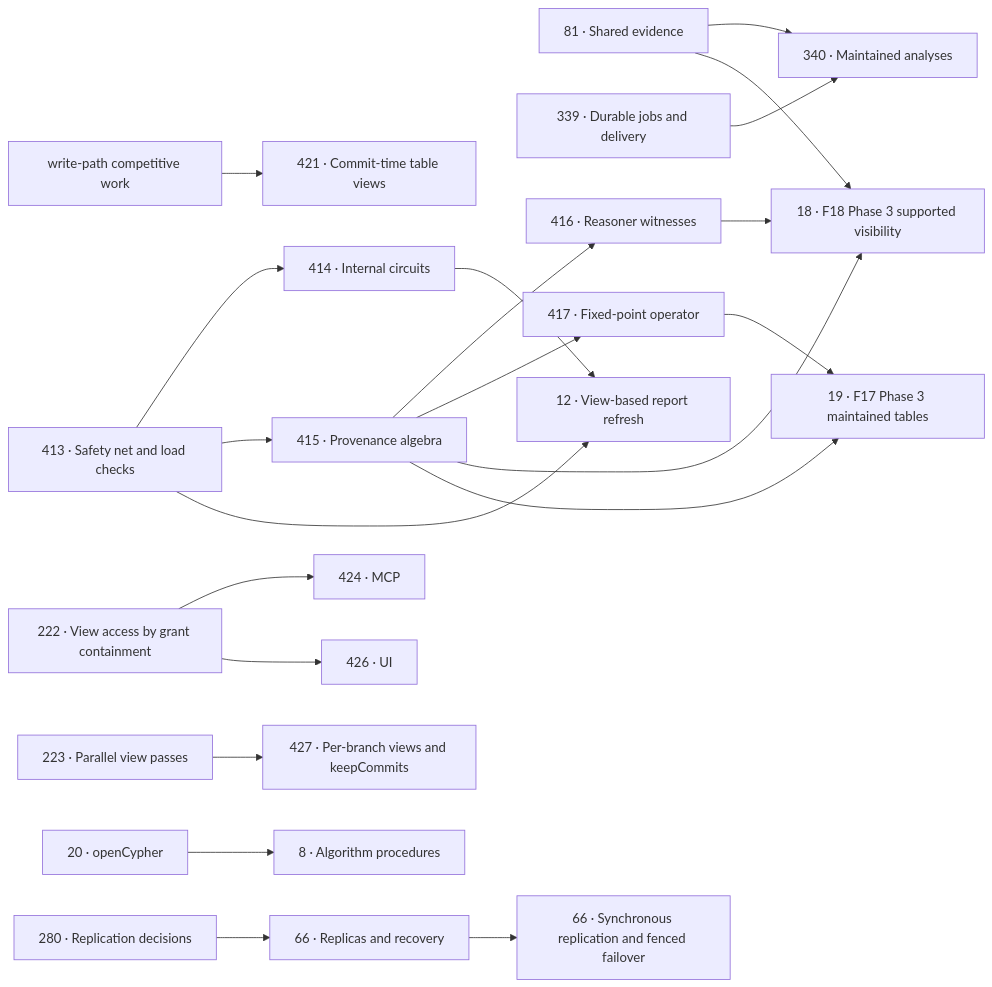
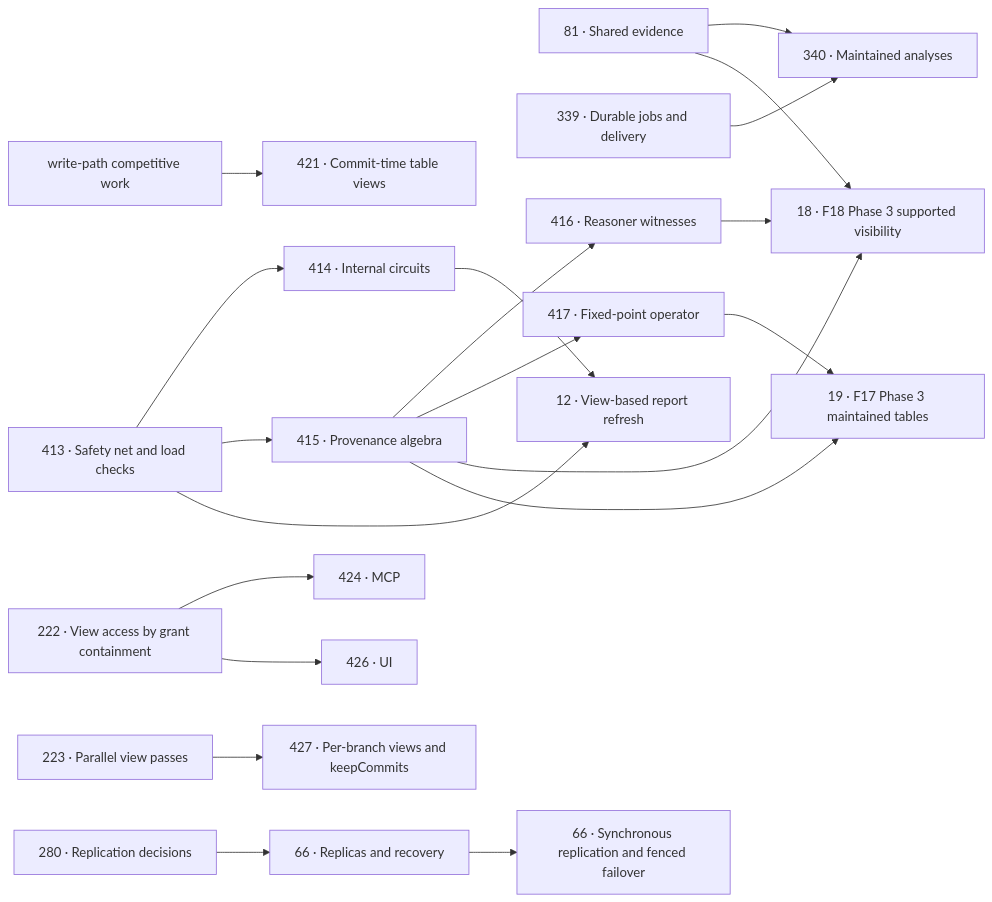
The diagram in docs/ROADMAP.md (kclejeune/sparkles), drawn with Mermaid before and after one commit. The commit also changed other lines of this file and 5 other files, not shown here.

````diff
--- a/docs/ROADMAP.md
+++ b/docs/ROADMAP.md
@@ -188,23 +188,22 @@
 ```mermaid
 flowchart LR
     E["81 · Shared evidence"] --> A["340 · Maintained analyses"]
     J["339 · Durable jobs and delivery"] --> A
     L0["413 · Safety net and load checks"] --> L1["414 · Internal circuits"]
     L0 --> L2["415 · Provenance algebra"]
     L2 --> L3["416 · Reasoner witnesses"]
     L2 --> L4["417 · Fixed-point operator"]
     L0 --> R["12 · View-based report refresh"]
     L1 --> R
     L2 --> V["18 · F18 Phase 3 supported visibility"]
     L3 --> V
     E --> V
     L2 --> T["19 · F17 Phase 3 maintained tables"]
     L4 --> T
     W["write-path competitive work"] --> L8["421 · Commit-time table views"]
     P222["222 · View access by grant containment"] --> L11["424 · MCP"]
     P222 --> L13["426 · UI"]
     P223["223 · Parallel view passes"] --> L14["427 · Per-branch views and keepCommits"]
-    C["20 · openCypher"] --> G["8 · Algorithm procedures"]
     B["280 · Replication decisions"] --> D["66 · Replicas and recovery"]
     D --> S["66 · Synchronous replication and fenced failover"]
 ```
````
